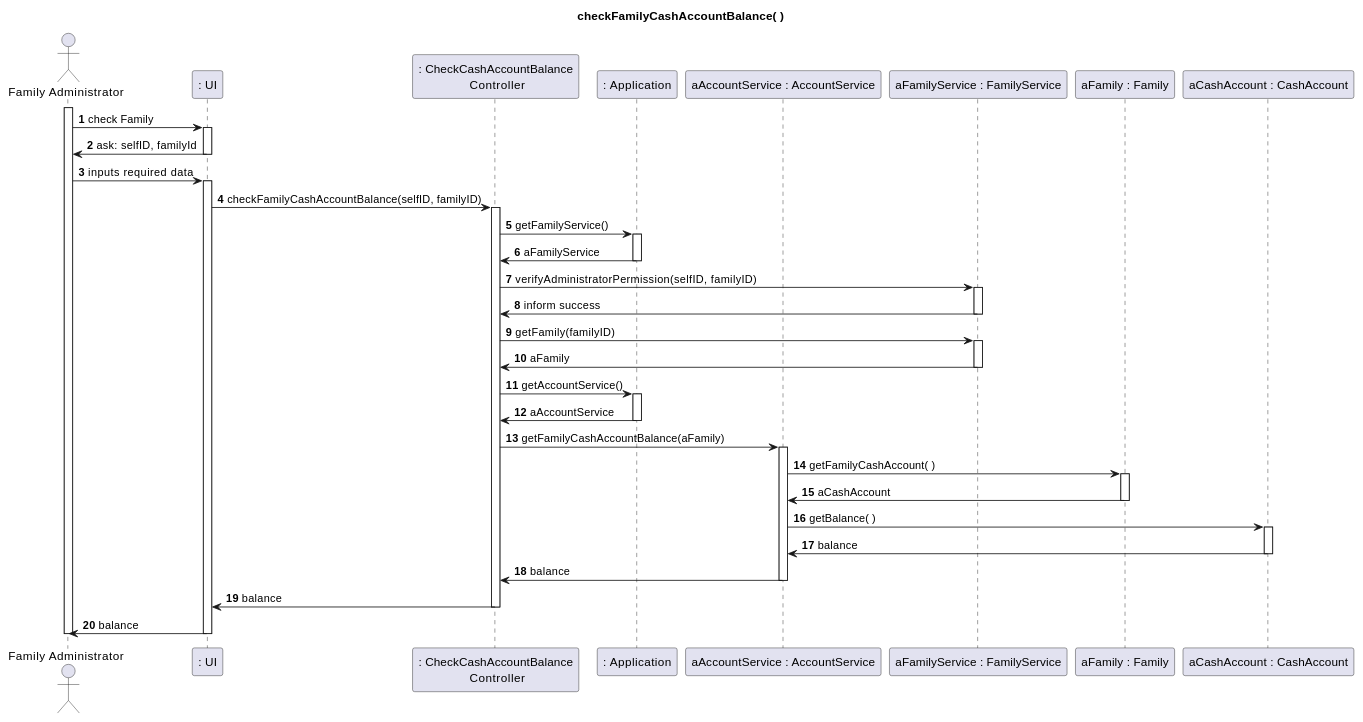
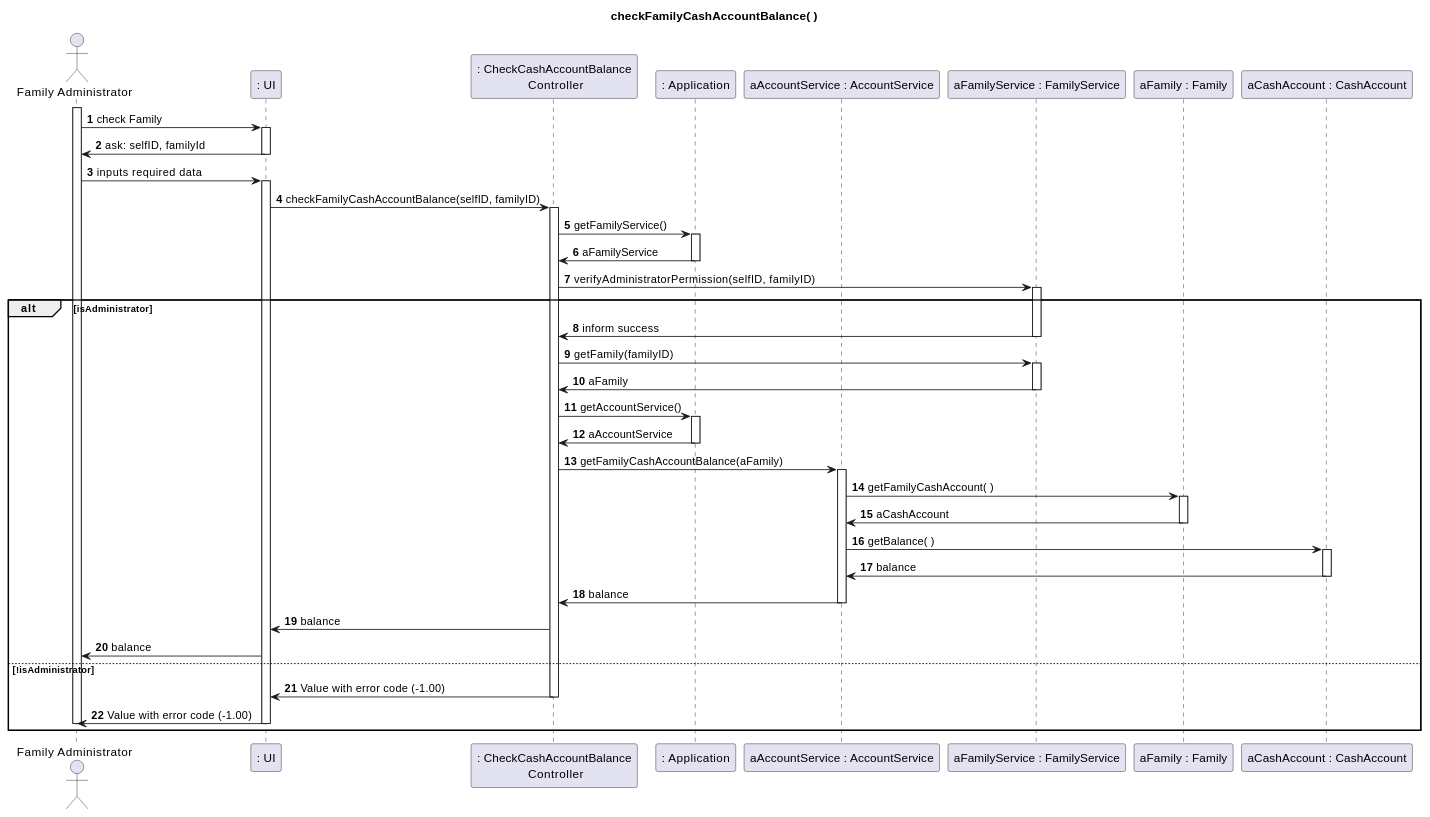
The fourth of 7 diagrams in docs/sprint2/user_stories/US135_CheckFamilyOrFamilyMemberCashAccountBalance.md (tomas-osswald/switch_2020_g3), drawn with PlantUML before and after one commit. The commit also changed other lines of this file and 2 other files, not shown here.

````diff
--- a/docs/sprint2/user_stories/US135_CheckFamilyOrFamilyMemberCashAccountBalance.md
+++ b/docs/sprint2/user_stories/US135_CheckFamilyOrFamilyMemberCashAccountBalance.md
@@ -164,66 +164,77 @@
 ```puml
 autonumber 1
 title checkFamilyCashAccountBalance( )
 actor "Family Administrator" as actor
 participant ": UI" as UI
 participant ": CheckCashAccountBalance\n Controller" as controller
 participant ": Application" as app
 participant "aAccountService : AccountService" as aserv
 participant "aFamilyService : FamilyService" as fserv
 participant "aFamily : Family" as family
 participant "aCashAccount : CashAccount" as cash
 
 activate actor
 actor -> UI : check Family
 activate UI
 UI -> actor : ask: selfID, familyId
 deactivate UI
 
 actor -> UI : inputs required data
 activate UI
 UI -> controller : checkFamilyCashAccountBalance(selfID, familyID)
 
 activate controller
 controller -> app : getFamilyService()
 activate app
 app -> controller : aFamilyService
 deactivate app
 
 controller -> fserv : verifyAdministratorPermission(selfID, familyID)
+alt isAdministrator
 activate fserv
 fserv -> controller : inform success
 deactivate fserv
 
 controller -> fserv : getFamily(familyID)
 activate fserv
 fserv -> controller : aFamily
 deactivate fserv
 
 controller -> app : getAccountService()
 activate app
 controller <- app : aAccountService
 deactivate app
 
 controller -> aserv : getFamilyCashAccountBalance(aFamily)
 activate aserv
 
 aserv -> family : getFamilyCashAccount( )
 activate family
 family -> aserv : aCashAccount
 deactivate family
 
 aserv -> cash : getBalance( )
 activate cash
 cash -> aserv : balance
 deactivate cash
 
 aserv -> controller : balance
 deactivate aserv
 
+
 controller -> UI : balance
+
+
+UI -> actor : balance
+
+
+else !isAdministrator
+controller -> UI : Value with error code (-1.00)
 deactivate controller
 
-UI -> actor : balance
+UI -> actor : Value with error code (-1.00)
 deactivate UI
 deactivate actor
+
+end
 ```
````
